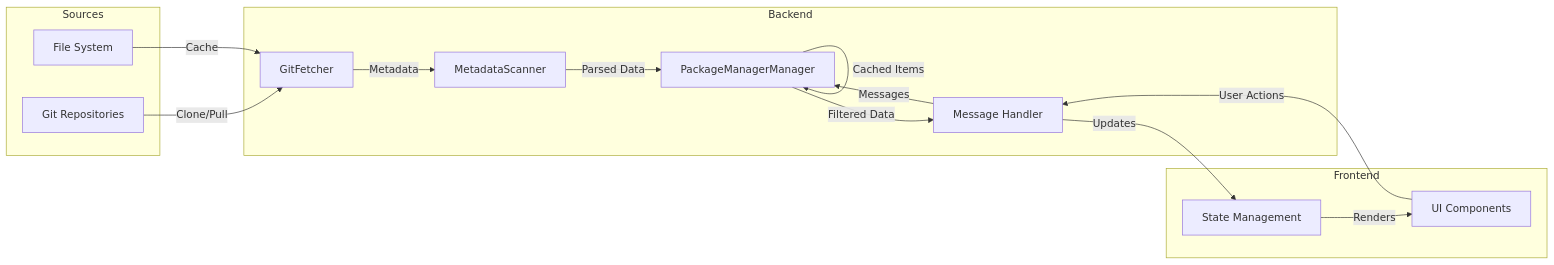
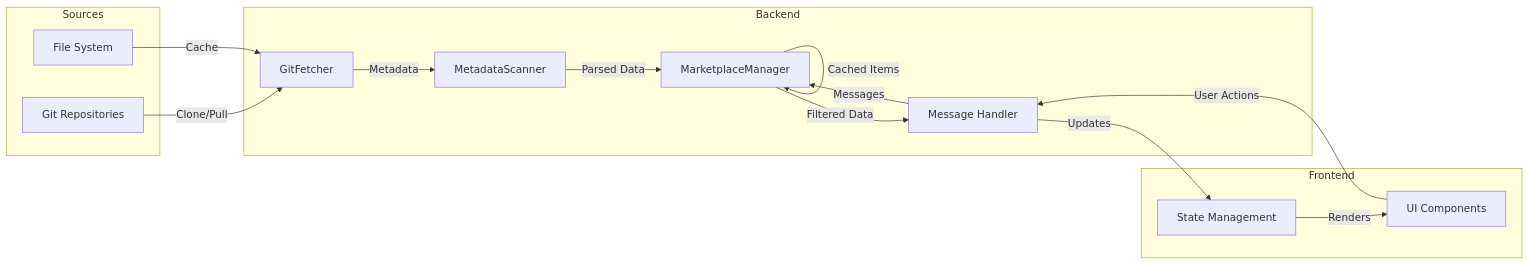
Before and after one commit to RooVetGit/Roo-Code: the second of 5 diagrams in cline_docs/marketplace/implementation/01-architecture.md, drawn with Mermaid. The commit also changed other lines of this file and 84 other files, not shown here.

````diff
--- a/cline_docs/marketplace/implementation/01-architecture.md
+++ b/cline_docs/marketplace/implementation/01-architecture.md
@@ -62,30 +62,30 @@
 ```mermaid
 graph LR
     subgraph Sources
         GR[Git Repositories]
         FS[File System]
     end
 
     subgraph Backend
         GF[GitFetcher]
         MS[MetadataScanner]
-        PM[PackageManagerManager]
+        PM[MarketplaceManager]
         MH[Message Handler]
     end
 
     subgraph Frontend
         UI[UI Components]
         State[State Management]
     end
 
     GR -->|Clone/Pull| GF
     FS -->|Cache| GF
     GF -->|Metadata| MS
     MS -->|Parsed Data| PM
     PM -->|Cached Items| PM
     UI -->|User Actions| MH
     MH -->|Messages| PM
     PM -->|Filtered Data| MH
     MH -->|Updates| State
     State -->|Renders| UI
 ```
````
